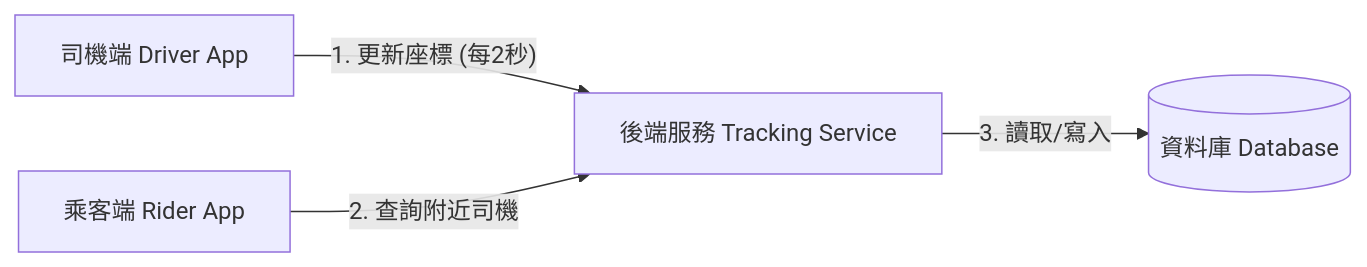
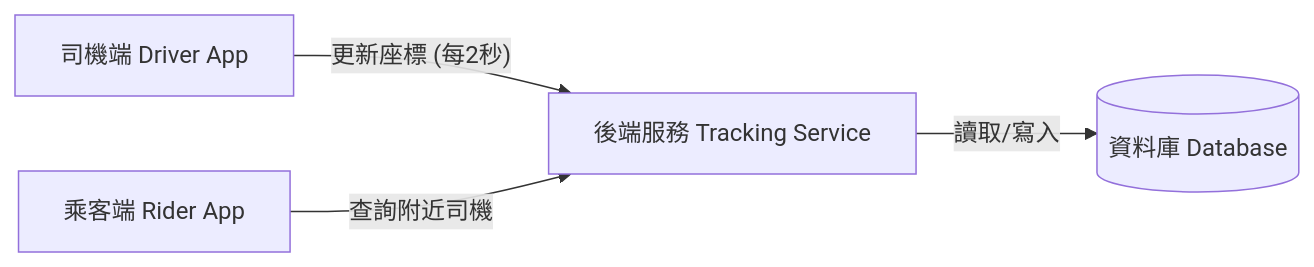
One commit to kuoyuhsiang/DriverLocationTracking changed the diagram in readme.md. Above: the diagram before and after it, drawn with Mermaid. The commit also changed other lines of this file, not shown here.

````diff
--- a/readme.md
+++ b/readme.md
@@ -1,6 +16,6 @@
 ```mermaid
 graph LR
-    Driver[司機端 Driver App] -- "1. 更新座標 (每2秒)" --> Service[後端服務 Tracking Service]
-    Rider[乘客端 Rider App] -- "2. 查詢附近司機" --> Service
-    Service -- "3. 讀取/寫入" --> DB[(資料庫 Database)]
+    Driver[司機端 Driver App] -- "更新座標 (每2秒)" --> Service[後端服務 Tracking Service]
+    Rider[乘客端 Rider App] -- "查詢附近司機" --> Service
+    Service -- "讀取/寫入" --> DB[(資料庫 Database)]
 ```
````
